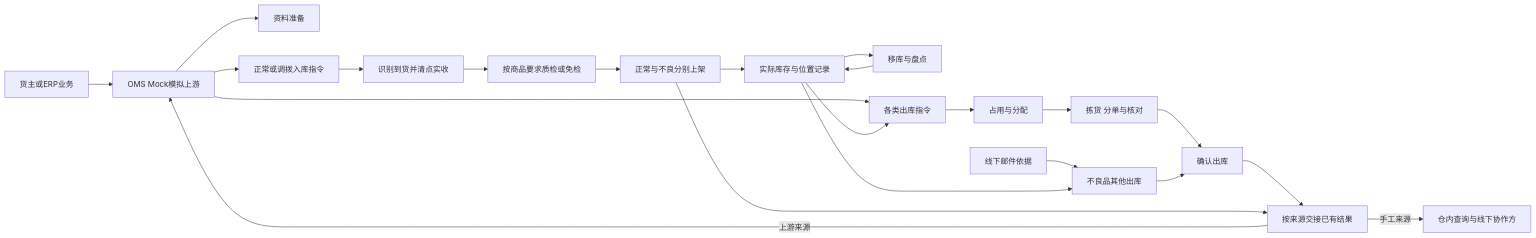
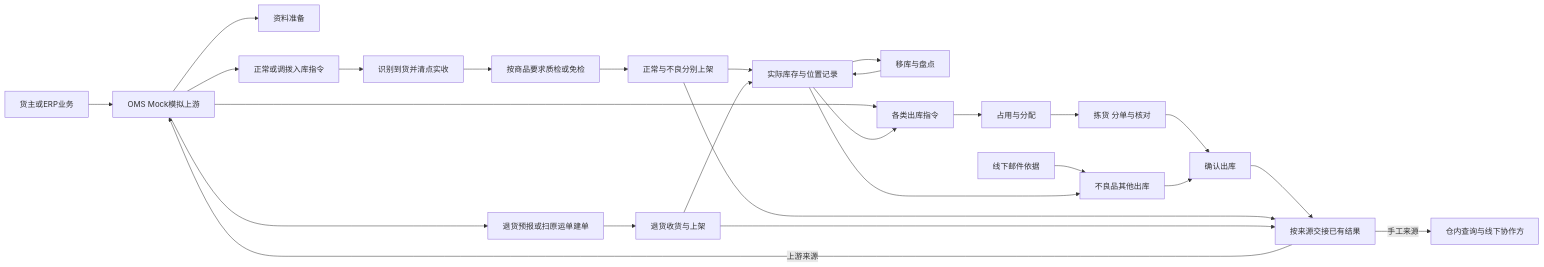
Before and after one commit to TopVitamin/QS-WMS-Project: the diagram in 04-业务分析和设计/00-业务蓝图.md, drawn with Mermaid. The commit also changed other lines of this file and 151 other files, not shown here.

````diff
--- a/04-业务分析和设计/00-业务蓝图.md
+++ b/04-业务分析和设计/00-业务蓝图.md
@@ -67,24 +70,28 @@
 ```mermaid
 flowchart LR
     U[货主或ERP业务] --> M[OMS Mock模拟上游]
     M --> P[资料准备]
     M --> I[正常或调拨入库指令]
     I --> R[识别到货并清点实收]
     R --> Q[按商品要求质检或免检]
     Q --> S[正常与不良分别上架]
     S --> K[实际库存与位置记录]
+    M --> RT[退货预报或扫原运单建单]
+    RT --> RR[退货收货与上架]
+    RR --> K
     K --> N[移库与盘点]
     N --> K
     M --> O[各类出库指令]
     E[线下邮件依据] --> D[不良品其他出库]
     K --> O
     O --> A[占用与分配]
     A --> B[拣货 分单与核对]
     B --> C[确认出库]
     K --> D
     D --> C
     C --> F[按来源交接已有结果]
     S --> F
+    RR --> F
     F -->|上游来源| M
     F -->|手工来源| H[仓内查询与线下协作方]
 ```
````
